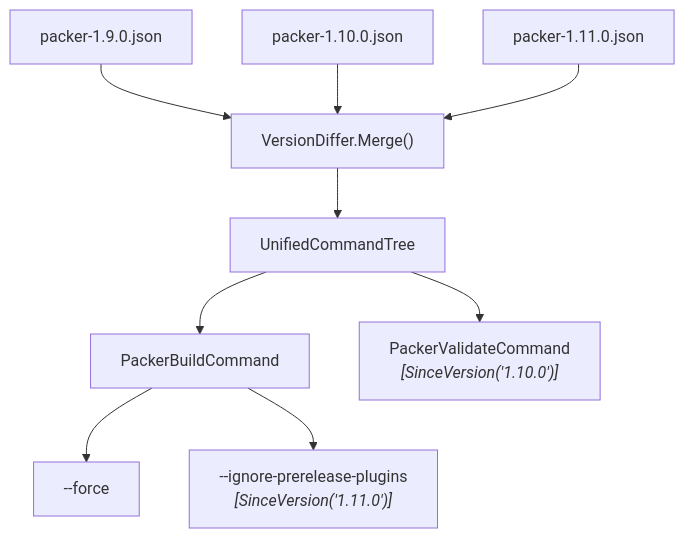
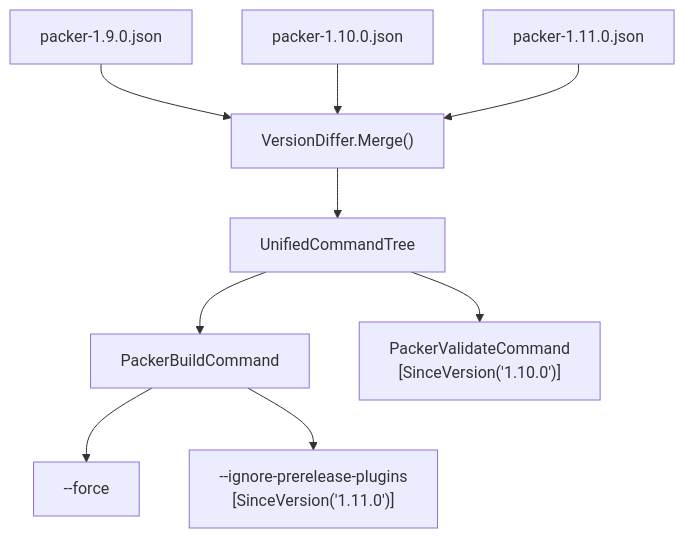
The second of 2 diagrams in Net/FrenchExDev/BinaryWrapper/README.md (FrenchExDev/FrenchExDev), drawn with Mermaid before and after one commit. The commit also changed other lines of this file and 2 other files, not shown here.

````diff
--- a/Net/FrenchExDev/BinaryWrapper/README.md
+++ b/Net/FrenchExDev/BinaryWrapper/README.md
@@ -137,11 +137,11 @@
 ```mermaid
 flowchart TD
     V1["packer-1.9.0.json"] --> M["VersionDiffer.Merge()"]
     V2["packer-1.10.0.json"] --> M
     V3["packer-1.11.0.json"] --> M
     M --> U["UnifiedCommandTree"]
     U --> C1["PackerBuildCommand"]
-    U --> C2["PackerValidateCommand<br/><i>[SinceVersion('1.10.0')]</i>"]
+    U --> C2["PackerValidateCommand<br>[SinceVersion('1.10.0')]"]
     C1 --> O1["--force"]
-    C1 --> O2["--ignore-prerelease-plugins<br/><i>[SinceVersion('1.11.0')]</i>"]
+    C1 --> O2["--ignore-prerelease-plugins<br>[SinceVersion('1.11.0')]"]
 ```
````
